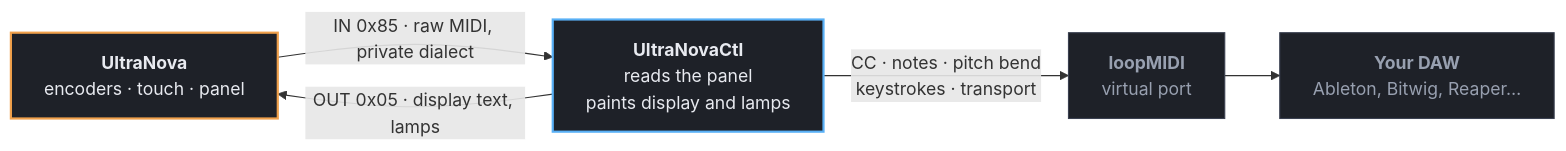
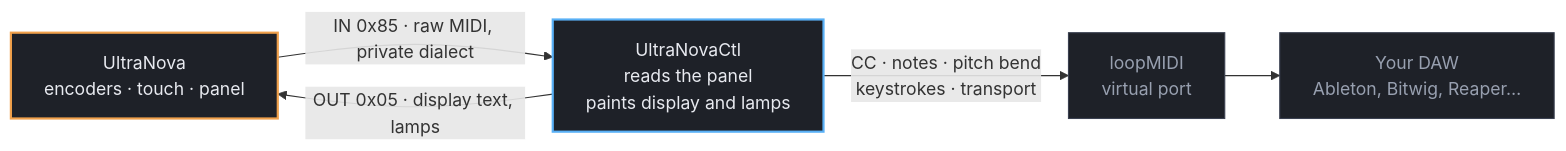
Before and after one commit to Alex-Electron/UltraNovaCtl: the first of 3 diagrams in README.md, drawn with Mermaid. The commit also changed other lines of this file and 1 other file, not shown here.

Commit message:
README: drop HTML tags from mermaid labels - GitHub renders with htmlLabels off

````diff
--- a/README.md
+++ b/README.md
@@ -46,19 +46,19 @@
 ```mermaid
 flowchart LR
-    S["<b>UltraNova</b><br/>encoders · touch · panel"]
-    A["<b>UltraNovaCtl</b><br/>reads the panel<br/>paints display and lamps"]
-    V["<b>loopMIDI</b><br/>virtual port"]
-    D["<b>Your DAW</b><br/>Ableton, Bitwig, Reaper…"]
+    S["UltraNova<br/>encoders · touch · panel"]
+    A["UltraNovaCtl<br/>reads the panel<br/>paints display and lamps"]
+    V["loopMIDI<br/>virtual port"]
+    D["Your DAW<br/>Ableton, Bitwig, Reaper…"]
 
     S -- "IN 0x85 · raw MIDI, private dialect" --> A
     A -- "OUT 0x05 · display text, lamps" --> S
     A -- "CC · notes · pitch bend<br/>keystrokes · transport" --> V
     V --> D
 
     classDef synth fill:#1e2128,stroke:#f0a04b,stroke-width:2px,color:#e8eaf0
     classDef app   fill:#1e2128,stroke:#59b0f6,stroke-width:2px,color:#e8eaf0
     classDef plain fill:#1e2128,stroke:#3a4050,color:#98a0b0
     class S synth
     class A app
     class V,D plain
 ```
````
